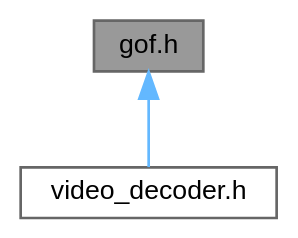
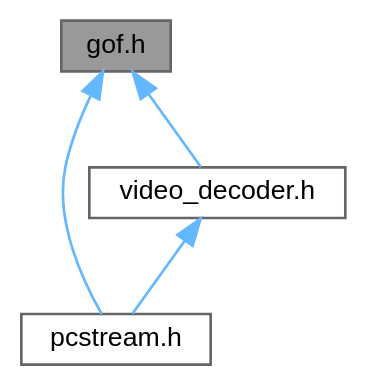
Before and after one commit to QuangNguyenLong/pcstream: the diagram in gof_8h__dep__incl.dot, drawn with Graphviz. The commit also changed 88 other files, not shown here.

```diff
--- a/gof_8h__dep__incl.dot
+++ b/gof_8h__dep__incl.dot
@@ -1,10 +1,13 @@
 digraph "gof.h"
 {
  // LATEX_PDF_SIZE
   bgcolor="transparent";
   edge [fontname=Helvetica,fontsize=10,labelfontname=Helvetica,labelfontsize=10];
   node [fontname=Helvetica,fontsize=10,shape=box,height=0.2,width=0.4];
   Node1 [id="Node000001",label="gof.h",height=0.2,width=0.4,color="gray40", fillcolor="grey60", style="filled", fontcolor="black",tooltip=" "];
   Node1 -> Node2 [id="edge1_Node000001_Node000002",dir="back",color="steelblue1",style="solid",tooltip=" "];
-  Node2 [id="Node000002",label="video_decoder.h",height=0.2,width=0.4,color="grey40", fillcolor="white", style="filled",URL="$video__decoder_8h.html",tooltip=" "];
+  Node2 [id="Node000002",label="pcstream.h",height=0.2,width=0.4,color="grey40", fillcolor="white", style="filled",URL="$pcstream_8h.html",tooltip=" "];
+  Node1 -> Node3 [id="edge2_Node000001_Node000003",dir="back",color="steelblue1",style="solid",tooltip=" "];
+  Node3 [id="Node000003",label="video_decoder.h",height=0.2,width=0.4,color="grey40", fillcolor="white", style="filled",URL="$video__decoder_8h.html",tooltip=" "];
+  Node3 -> Node2 [id="edge3_Node000003_Node000002",dir="back",color="steelblue1",style="solid",tooltip=" "];
 }
```
